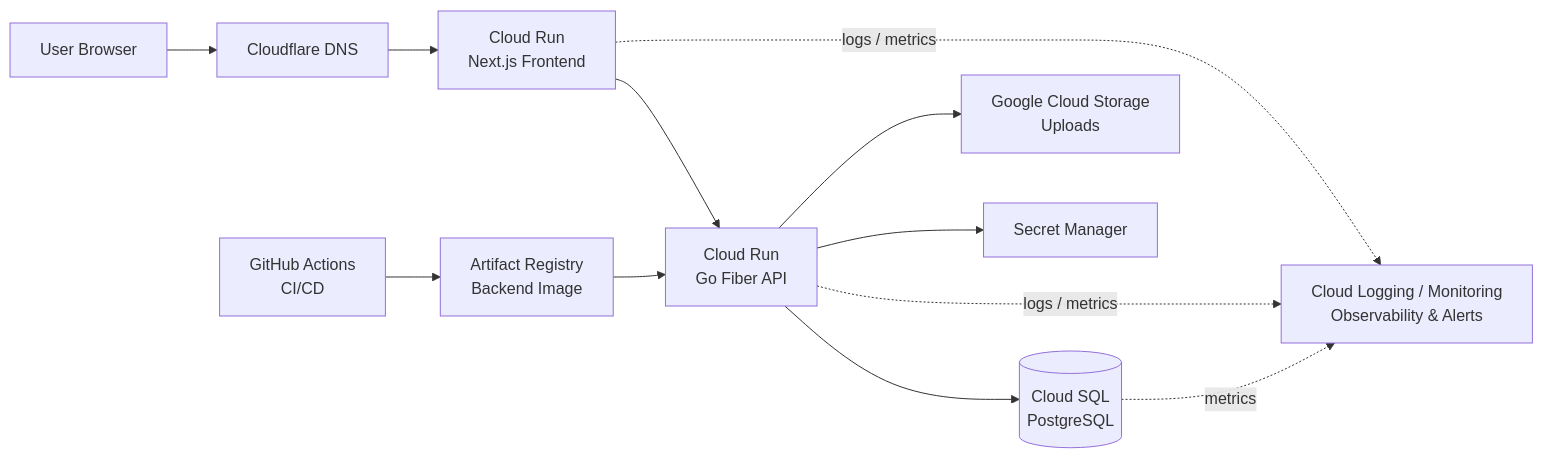
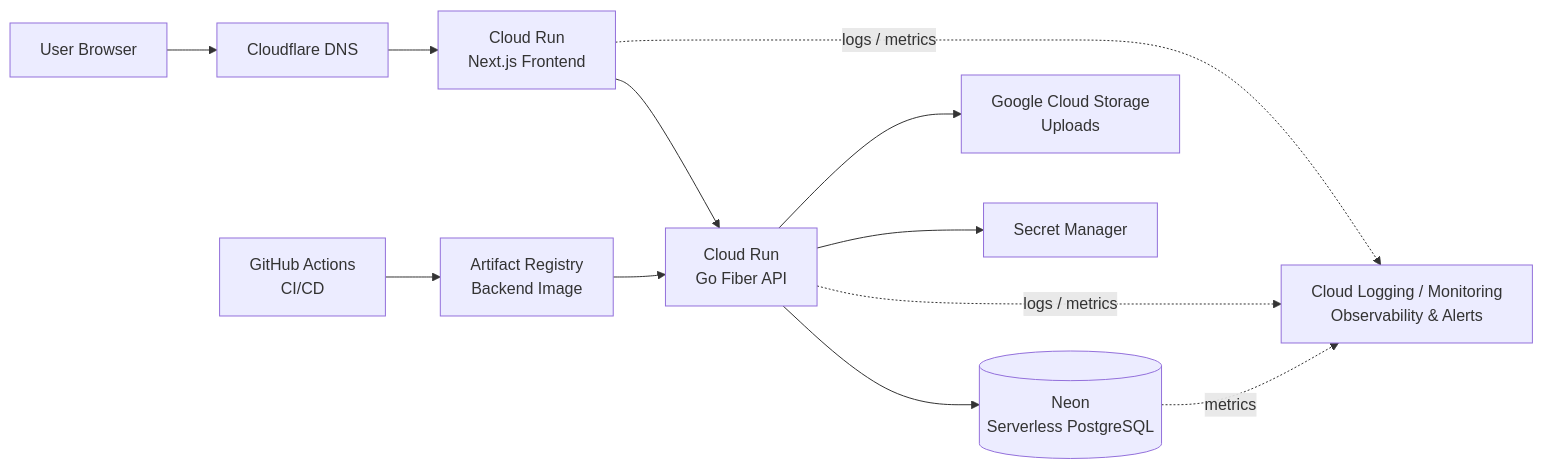
One commit to poppbsfs4za/devfolio-api changed the diagram in README.md. Above: the diagram before and after it, drawn with Mermaid. The commit also changed other lines of this file and 2 other files, not shown here.

Commit message:
feat: migrate database from Cloud SQL to Neon (serverless PostgreSQL) and update deployment configurations

````diff
--- a/README.md
+++ b/README.md
@@ -152,27 +152,27 @@
 ```mermaid
 flowchart LR
     U[User Browser]
     CF[Cloudflare DNS]
     FE[Cloud Run<br/>Next.js Frontend]
     BE[Cloud Run<br/>Go Fiber API]
-    SQL[(Cloud SQL<br/>PostgreSQL)]
+    SQL[(Neon<br/>Serverless PostgreSQL)]
     GCS[Google Cloud Storage<br/>Uploads]
     SM[Secret Manager]
     AR[Artifact Registry<br/>Backend Image]
     GHA[GitHub Actions<br/>CI/CD]
     OBS[Cloud Logging / Monitoring<br/>Observability & Alerts]
 
     U --> CF --> FE
     FE --> BE
 
     BE --> SQL
     BE --> GCS
     BE --> SM
 
     GHA --> AR
     AR --> BE
 
     FE -. logs / metrics .-> OBS
     BE -. logs / metrics .-> OBS
     SQL -. metrics .-> OBS
 ```
````
